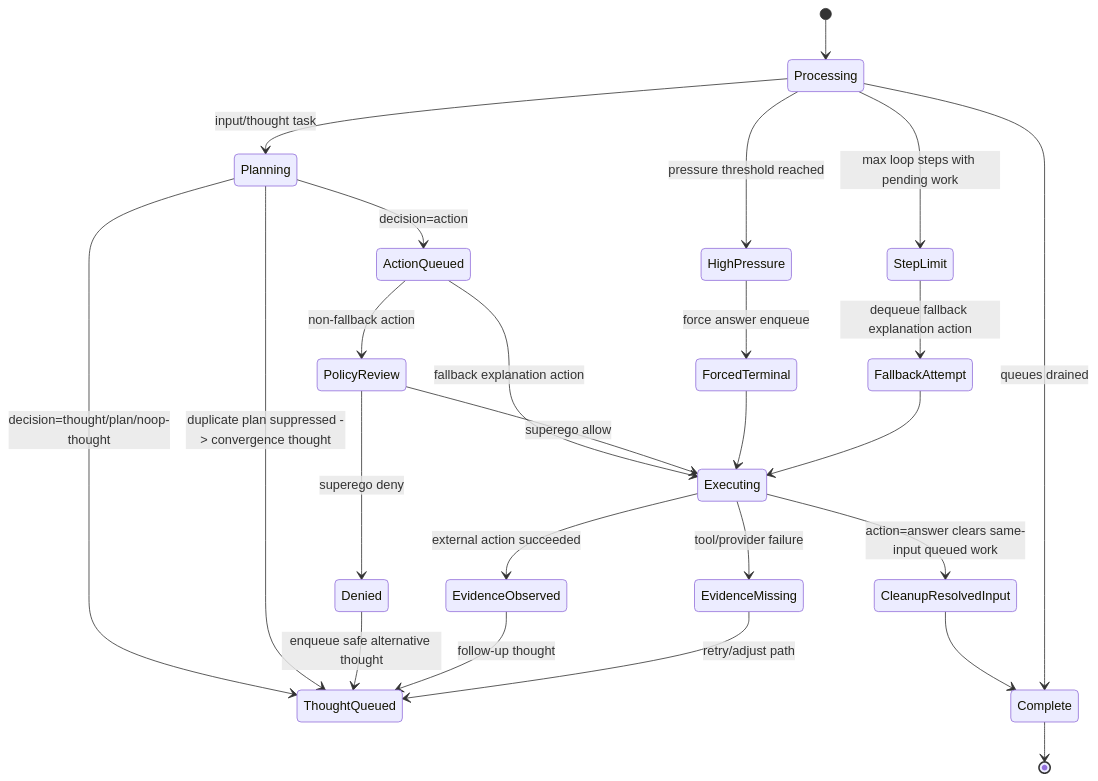
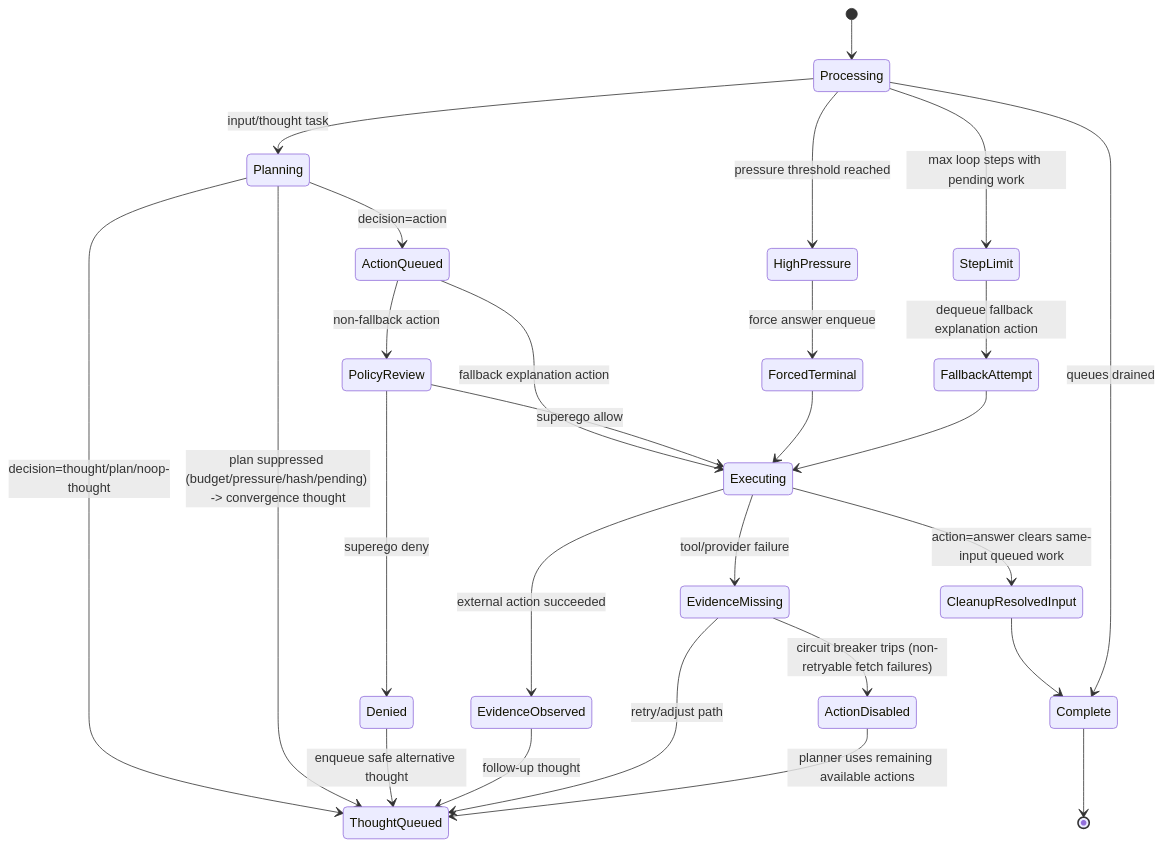
Before and after one commit to neopsyke/NeoPsyke: the third of 3 diagrams in AGENT_LOGIC_DIAGRAM.md, drawn with Mermaid. The commit also changed other lines of this file and 1 other file, not shown here.

Commit message:
docs: update living docs with circuit breaker, plan suppression gates, and evidence aggregation
Sync AGENT_LOGIC_SUMMARY.md and AGENT_LOGIC_DIAGRAM.md with the five
optimizations landed in this branch:
- Multi-layer plan suppression (budget, pressure, hash, pending, convergence)
- mcp_fetch circuit breaker with retryable/non-retryable classification
- Fallback answer evidence aggregation (up to 6 signals)
- New instrumentation counters

````diff
--- a/AGENT_LOGIC_DIAGRAM.md
+++ b/AGENT_LOGIC_DIAGRAM.md
@@ -91,34 +91,36 @@
 ```mermaid
 stateDiagram-v2
     [*] --> Processing
 
     Processing --> Planning: input/thought task
     Planning --> ActionQueued: decision=action
     Planning --> ThoughtQueued: decision=thought/plan/noop-thought
-    Planning --> ThoughtQueued: duplicate plan suppressed -> convergence thought
+    Planning --> ThoughtQueued: plan suppressed (budget/pressure/hash/pending) -> convergence thought
 
     ActionQueued --> PolicyReview: non-fallback action
     ActionQueued --> Executing: fallback explanation action
 
     PolicyReview --> Denied: superego deny
     Denied --> ThoughtQueued: enqueue safe alternative thought
 
     PolicyReview --> Executing: superego allow
     Executing --> EvidenceObserved: external action succeeded
     Executing --> EvidenceMissing: tool/provider failure
     EvidenceObserved --> ThoughtQueued: follow-up thought
     EvidenceMissing --> ThoughtQueued: retry/adjust path
+    EvidenceMissing --> ActionDisabled: circuit breaker trips (non-retryable fetch failures)
+    ActionDisabled --> ThoughtQueued: planner uses remaining available actions
 
     Processing --> HighPressure: pressure threshold reached
     HighPressure --> ForcedTerminal: force answer enqueue
     ForcedTerminal --> Executing
 
     Processing --> StepLimit: max loop steps with pending work
     StepLimit --> FallbackAttempt: dequeue fallback explanation action
     FallbackAttempt --> Executing
 
     Executing --> CleanupResolvedInput: action=answer clears same-input queued work
     CleanupResolvedInput --> Complete
     Processing --> Complete: queues drained
     Complete --> [*]
 ```
````
